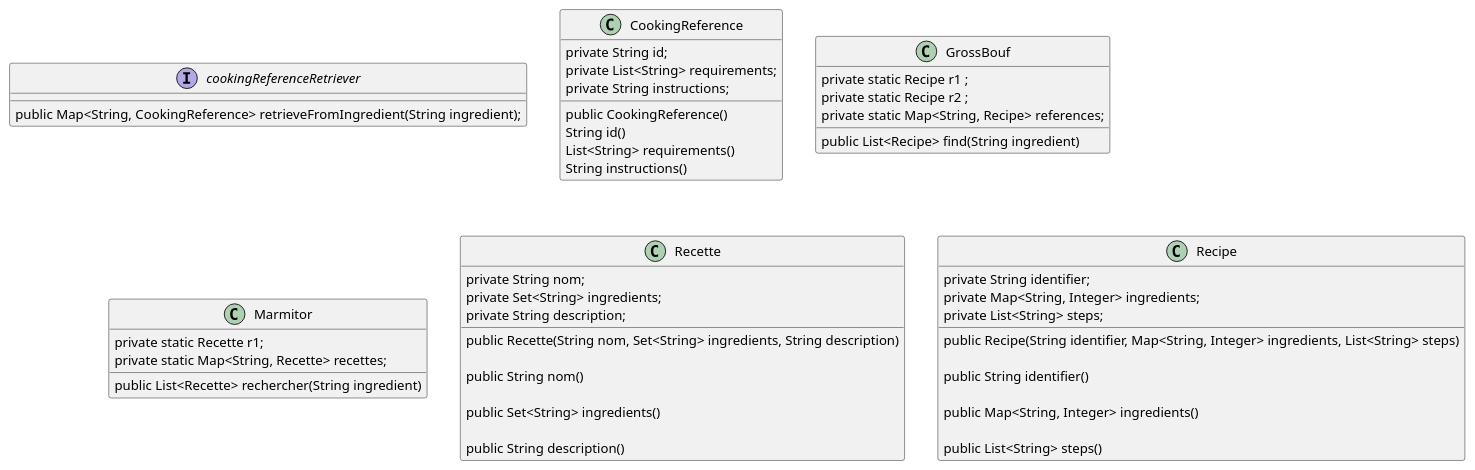
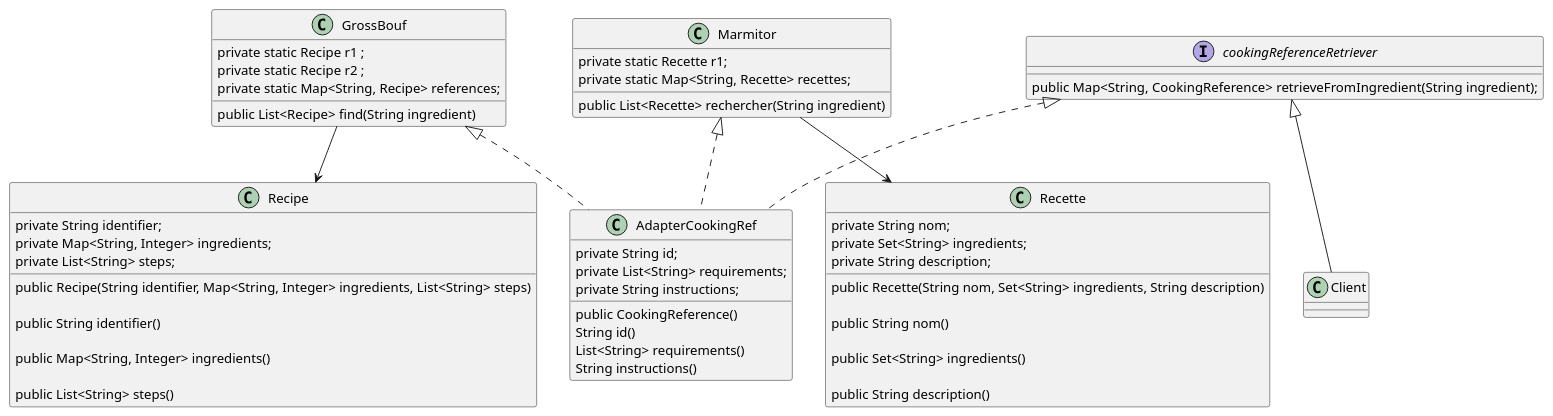
The diagram in question2.puml (mennio/cc40016506), drawn with PlantUML before and after one commit. The commit also changed 1 other file, not shown here.

```diff
--- a/question2.puml
+++ b/question2.puml
@@ -1,56 +1,66 @@
 @startuml
 
 interface cookingReferenceRetriever{
     public Map<String, CookingReference> retrieveFromIngredient(String ingredient);
 }
-class CookingReference{
+class AdapterCookingRef{
     private String id;
     private List<String> requirements;
     private String instructions;
     public CookingReference()
      String id()
      List<String> requirements()
      String instructions()
 }
 
 class GrossBouf{
         private static Recipe r1 ;
         private static Recipe r2 ;
         private static Map<String, Recipe> references;
         public List<Recipe> find(String ingredient)
 
 }
 
 class Marmitor{
         private static Recette r1;
         private static Map<String, Recette> recettes;
         public List<Recette> rechercher(String ingredient)
 }
 class Recette{
     private String nom;
         private Set<String> ingredients;
         private String description;
 
         public Recette(String nom, Set<String> ingredients, String description)
 
         public String nom()
 
         public Set<String> ingredients()
 
         public String description()
 }
 
 class Recipe {
     private String identifier;
         private Map<String, Integer> ingredients;
         private List<String> steps;
 
         public Recipe(String identifier, Map<String, Integer> ingredients, List<String> steps)
 
         public String identifier()
 
         public Map<String, Integer> ingredients()
 
         public List<String> steps()
 }
+
+class Client{
+
+}
+  cookingReferenceRetriever <|-- Client
+GrossBouf --> Recipe
+Marmitor --> Recette
+cookingReferenceRetriever <|.. AdapterCookingRef
+GrossBouf <|.. AdapterCookingRef
+ Marmitor <|.. AdapterCookingRef
 @enduml
```
